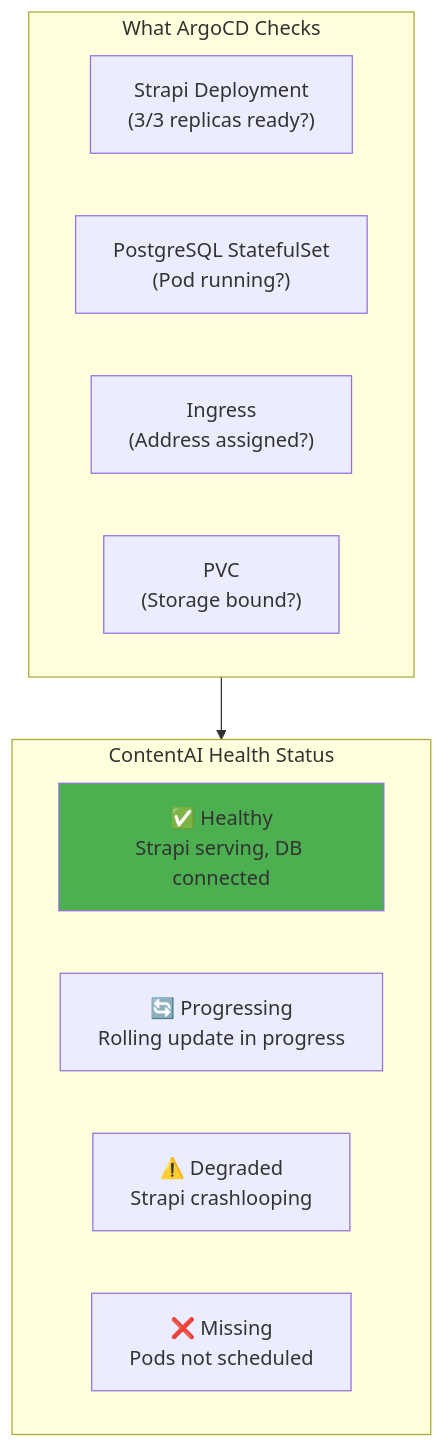
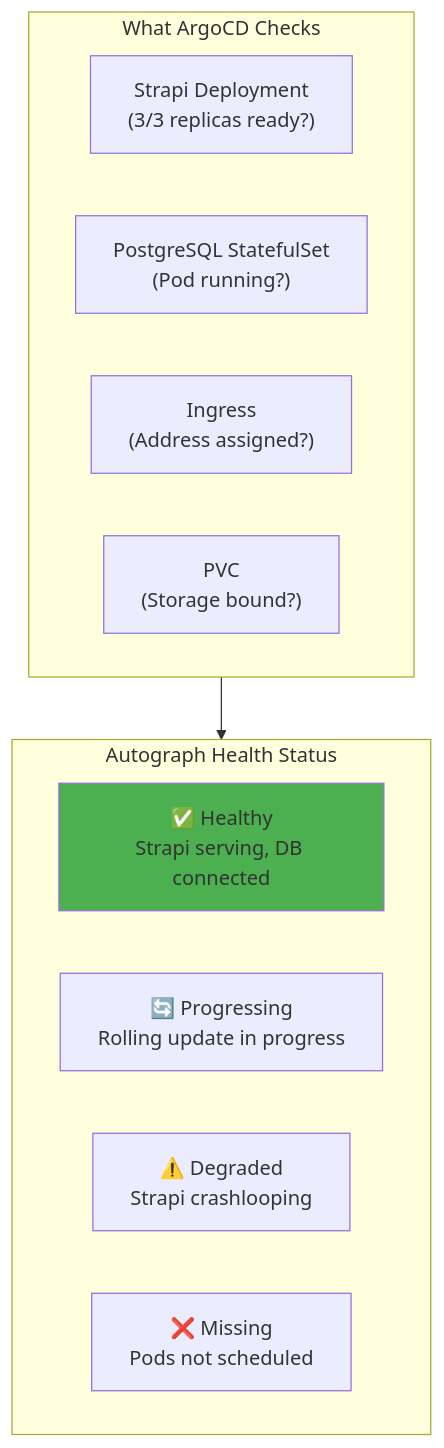
One commit to PearlThoughtsInternship/Internship-Obsidian-Vault changed the eighth of 10 diagrams in DevOps/02-Engineering/05-GitOps.md. Above: the diagram before and after it, drawn with Mermaid. The commit also changed other lines of this file and 4 other files, not shown here.

First line of the commit message:
rebrand: ContentAI → Autograph in Engineering & Platform docs

````diff
--- a/DevOps/02-Engineering/05-GitOps.md
+++ b/DevOps/02-Engineering/05-GitOps.md
@@ -547,20 +547,20 @@
 ```mermaid
 flowchart TB
-    subgraph HealthStatus["ContentAI Health Status"]
+    subgraph HealthStatus["Autograph Health Status"]
         Healthy["✅ Healthy\nStrapi serving, DB connected"]
         Progressing["🔄 Progressing\nRolling update in progress"]
         Degraded["⚠️ Degraded\nStrapi crashlooping"]
         Missing["❌ Missing\nPods not scheduled"]
     end
 
     subgraph Components["What ArgoCD Checks"]
         Strapi["Strapi Deployment\n(3/3 replicas ready?)"]
         PG["PostgreSQL StatefulSet\n(Pod running?)"]
         ING["Ingress\n(Address assigned?)"]
         PVC["PVC\n(Storage bound?)"]
     end
 
     Components --> HealthStatus
 
     style Healthy fill:#4CAF50
 ```
````
